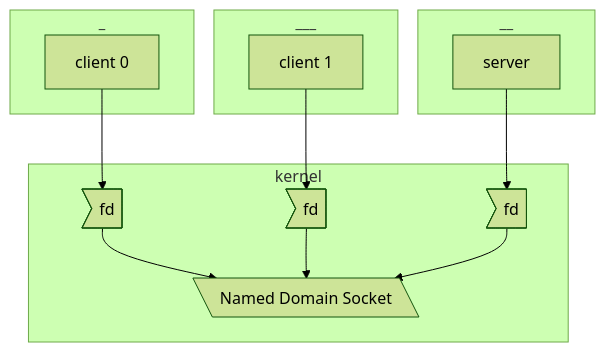
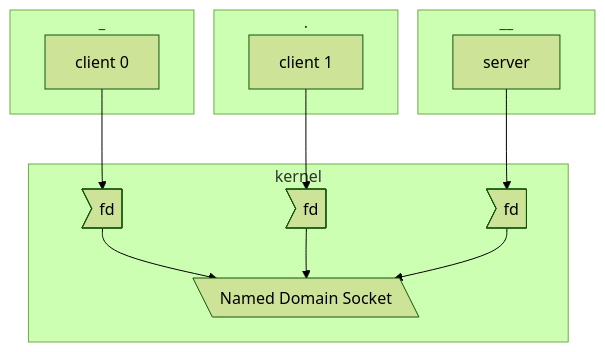
One commit to gwu-cs-advos/advos_book changed diagram 21 of 25 in slides/slides/04_isolation.md. Above: the diagram before and after it, drawn with Mermaid (forest theme). The commit also changed other lines of this file and 1 other file, not shown here.

````diff
--- a/slides/slides/04_isolation.md
+++ b/slides/slides/04_isolation.md
@@ -1296,25 +1331,25 @@
 ```mermaid
 flowchart TB
 
 subgraph _
 a["client 0"]
 end
-subgraph ___
+subgraph .
 f["client 1"]
 end
 
 subgraph __
 c["server"]
 end
 
 subgraph kernel
 d>"fd"]
 e>"fd"]
 g>"fd"]
 b[\"Named Domain Socket"\]
 end
 
 a-->d-->b
 f-->g-->b
 c-->e-->b
 ```
````
